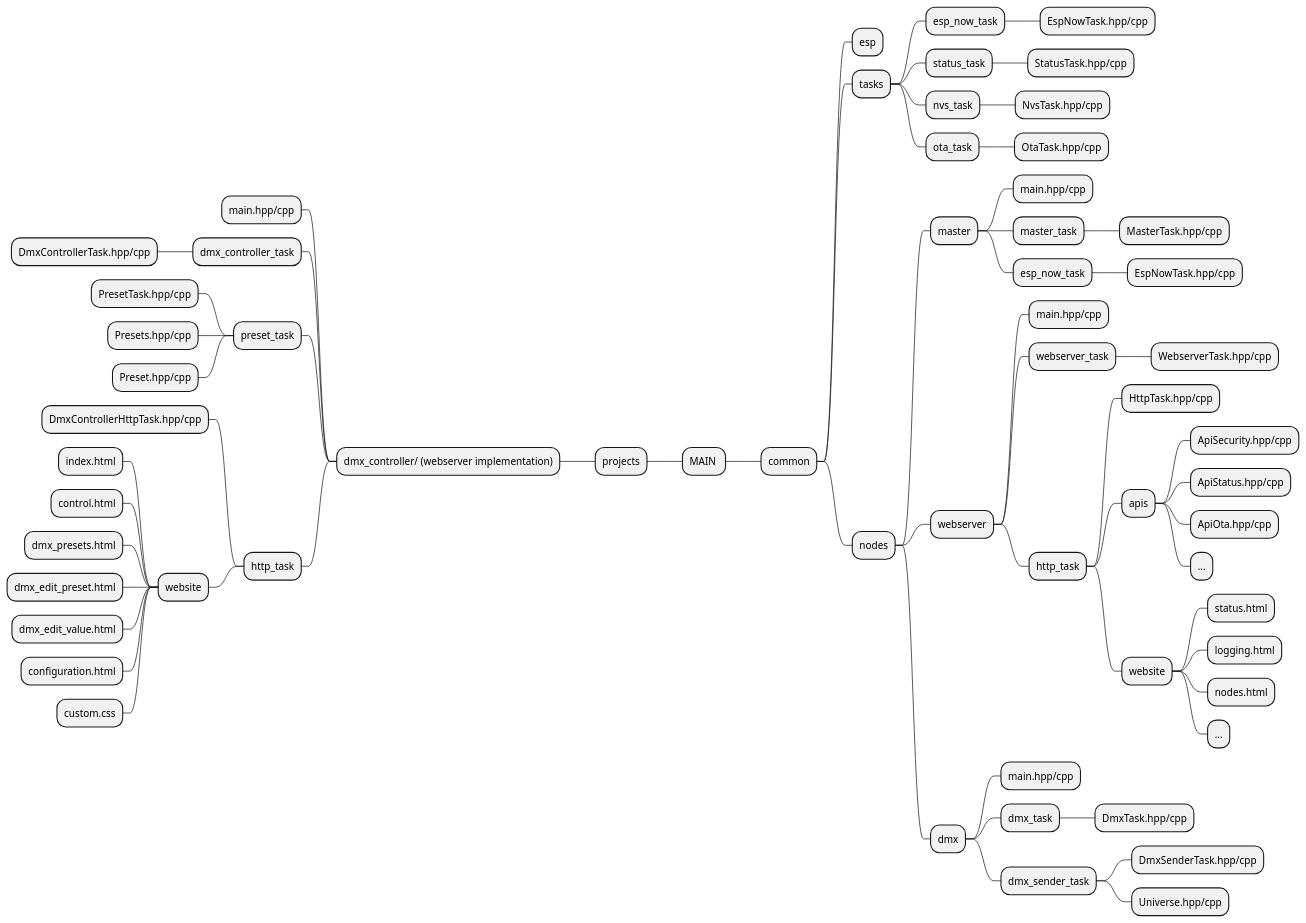
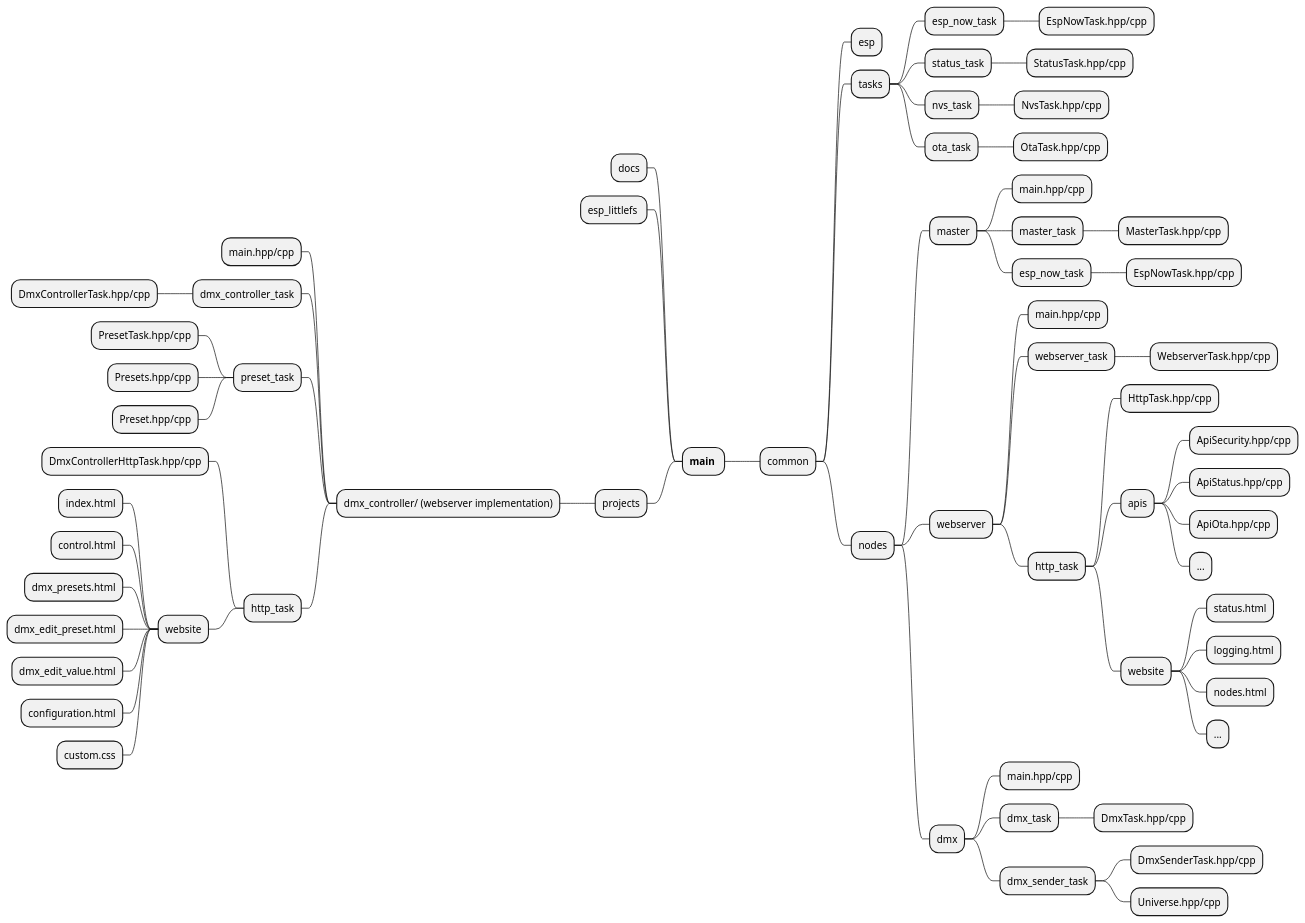
Before and after one commit to michelkeijzers/Esp32Framework: the diagram in docs/folder_structure.puml, drawn with PlantUML. The commit also changed 7 other files, not shown here.

```diff
--- a/docs/folder_structure.puml
+++ b/docs/folder_structure.puml
@@ -2,79 +2,81 @@
 @startmindmap
 
-* MAIN 
+* **main** 
+-- docs
+-- esp_littlefs 
 ** common
 *** esp
 ' **** esp_error
 ' ***** esp_error_if.hpp
 ' **** esp_filesystem
 ' ***** esp_littlefs_if.h
 ' ***** esp_spiffs-if.h   
 ' ***** IEspLittleFs.hpp
 ' ***** EspLittleFs.hpp/cpp
 ' **** esp_http_server
 ' **** esp_now
 ' **** esp_logger
 ' **** esp_nvs
 *** tasks
 **** esp_now_task
 ***** EspNowTask.hpp/cpp
 **** status_task
 ***** StatusTask.hpp/cpp
 **** nvs_task
 ***** NvsTask.hpp/cpp
 **** ota_task
 ***** OtaTask.hpp/cpp
 *** nodes
 **** master
 ***** main.hpp/cpp
 ***** master_task
 ****** MasterTask.hpp/cpp
 ***** esp_now_task
 ****** EspNowTask.hpp/cpp
 **** webserver
 ***** main.hpp/cpp
 ***** webserver_task
 ****** WebserverTask.hpp/cpp
 ***** http_task
 ****** HttpTask.hpp/cpp
 ****** apis
 ******* ApiSecurity.hpp/cpp
 ******* ApiStatus.hpp/cpp
 ******* ApiOta.hpp/cpp
 ******* ...
 ****** website
 ******* status.html
 ******* logging.html
 ******* nodes.html
 ******* ...
 **** dmx
 ***** main.hpp/cpp
 ***** dmx_task
 ****** DmxTask.hpp/cpp
 ***** dmx_sender_task
 ****** DmxSenderTask.hpp/cpp
 ****** Universe.hpp/cpp
 
 -- projects
 --- dmx_controller/ (webserver implementation)
 ---- main.hpp/cpp
 ---- dmx_controller_task
 ----- DmxControllerTask.hpp/cpp
 ---- preset_task
 ----- PresetTask.hpp/cpp
 ----- Presets.hpp/cpp
 ----- Preset.hpp/cpp
 ---- http_task
 ----- DmxControllerHttpTask.hpp/cpp
 ----- website
 ------ index.html
 ------ control.html
 ------ dmx_presets.html
 ------ dmx_edit_preset.html
 ------ dmx_edit_value.html
 ------ configuration.html
 ------ custom.css
 
 
 
 @endmindmap
```
